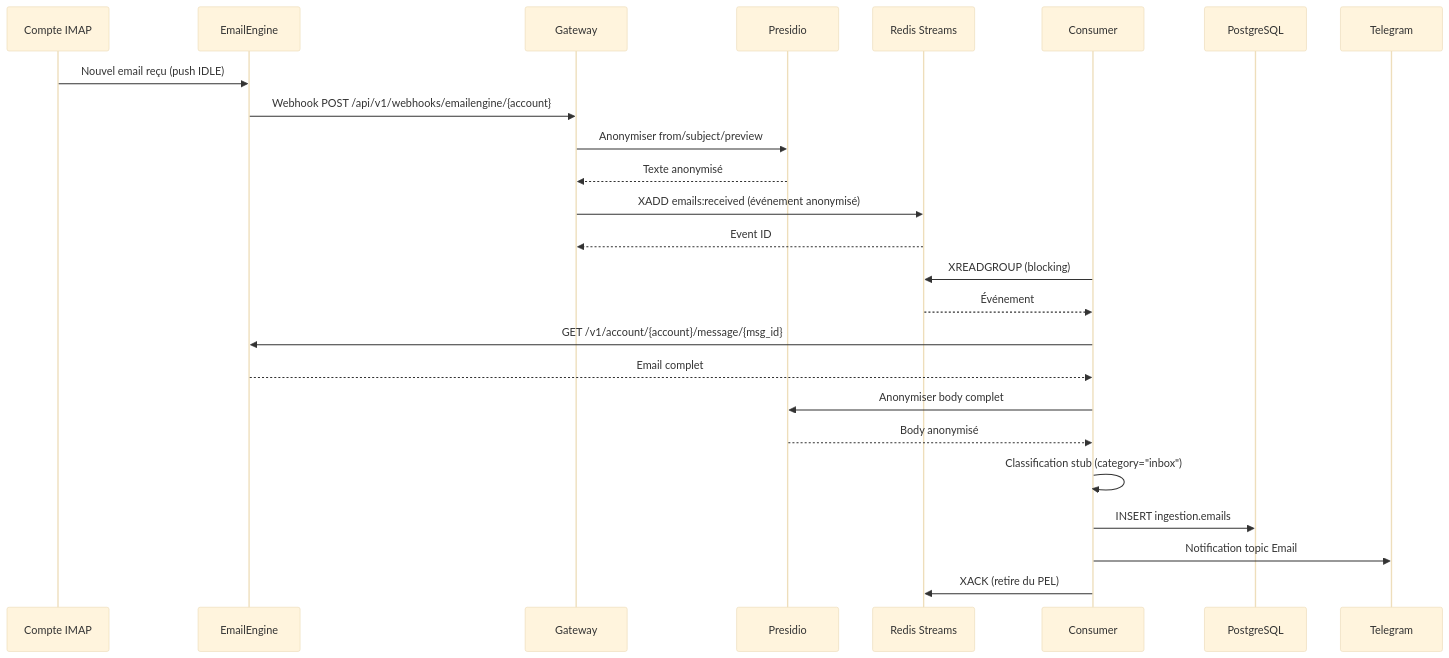
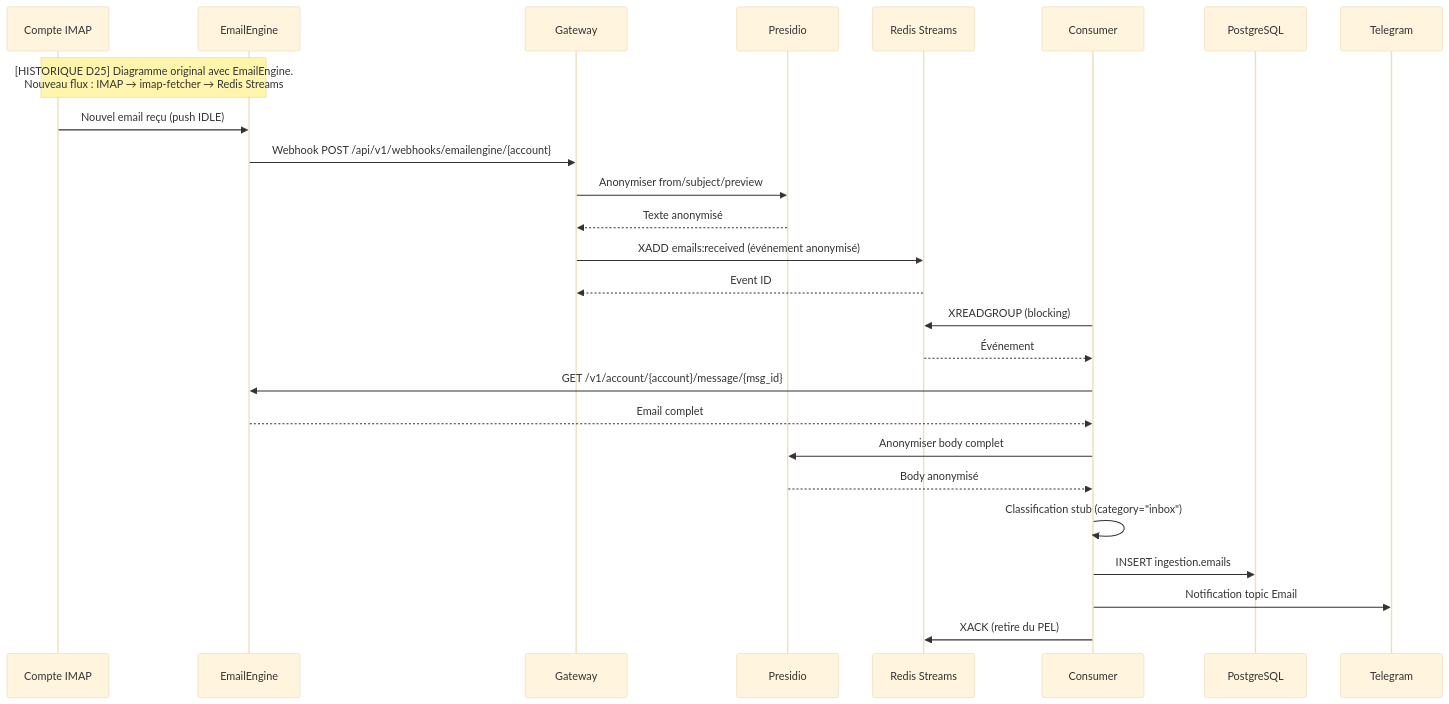
Before and after one commit to Masterplan16/Friday-2.0: the diagram in _bmad-output/implementation-artifacts/2-1-integration-emailengine-reception.md, drawn with Mermaid (base theme). The commit also changed other lines of this file and 92 other files, not shown here.

First line of the commit message:
feat(email-adapter): implement Decision D25 - replace EmailEngine with IMAP direct

````diff
--- a/_bmad-output/implementation-artifacts/2-1-integration-emailengine-reception.md
+++ b/_bmad-output/implementation-artifacts/2-1-integration-emailengine-reception.md
@@ -304,29 +301,30 @@
 ```mermaid
 sequenceDiagram
     participant IMAP as Compte IMAP
     participant EE as EmailEngine
     participant GW as Gateway
     participant P as Presidio
     participant RS as Redis Streams
     participant C as Consumer
     participant PG as PostgreSQL
     participant T as Telegram
 
+    Note over IMAP,EE: [HISTORIQUE D25] Diagramme original avec EmailEngine.<br/>Nouveau flux : IMAP → imap-fetcher → Redis Streams
     IMAP->>EE: Nouvel email reçu (push IDLE)
     EE->>GW: Webhook POST /api/v1/webhooks/emailengine/{account}
     GW->>P: Anonymiser from/subject/preview
     P-->>GW: Texte anonymisé
     GW->>RS: XADD emails:received (événement anonymisé)
     RS-->>GW: Event ID
 
     C->>RS: XREADGROUP (blocking)
     RS-->>C: Événement
     C->>EE: GET /v1/account/{account}/message/{msg_id}
     EE-->>C: Email complet
     C->>P: Anonymiser body complet
     P-->>C: Body anonymisé
     C->>C: Classification stub (category="inbox")
     C->>PG: INSERT ingestion.emails
     C->>T: Notification topic Email
     C->>RS: XACK (retire du PEL)
 ```
````
